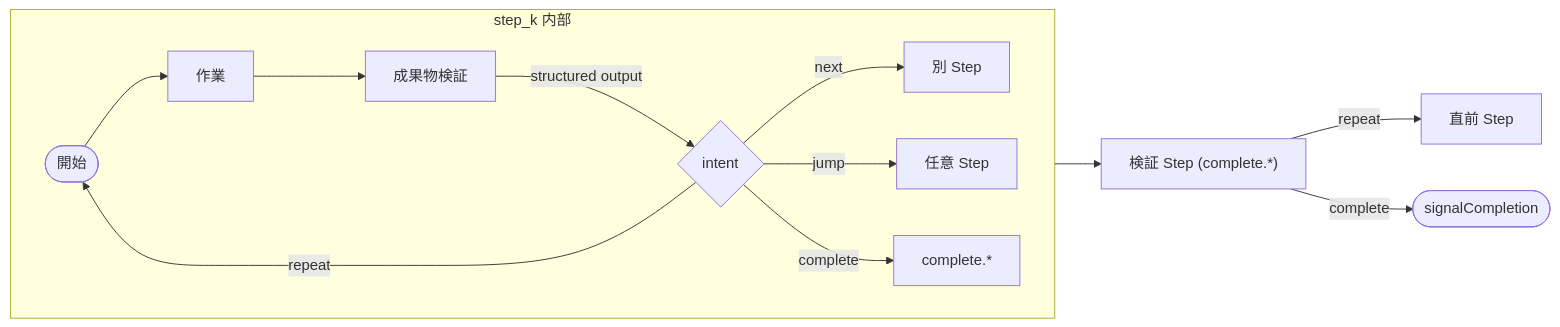
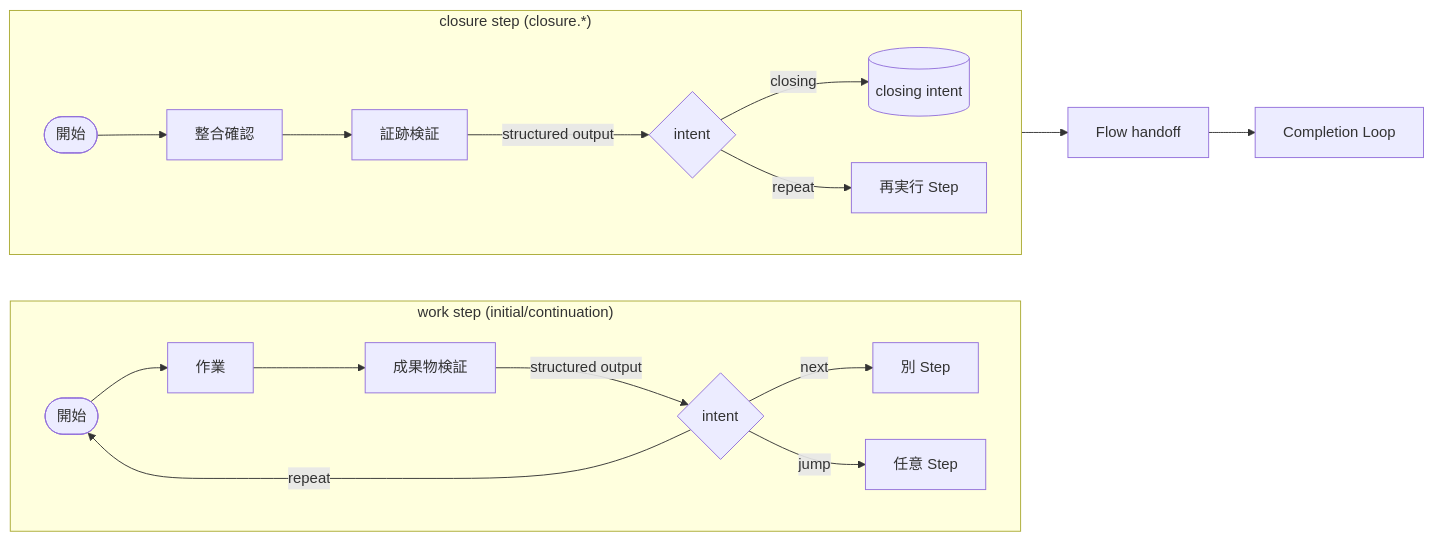
The third of 11 diagrams in agents/docs/design/08_step_flow_design.md (tettuan/climpt), drawn with Mermaid before and after one commit. The commit also changed other lines of this file, not shown here.

First line of the commit message:
docs(agents): rename complete to closure terminology in step flow design

````diff
--- a/agents/docs/design/08_step_flow_design.md
+++ b/agents/docs/design/08_step_flow_design.md
@@ -42,17 +42,24 @@
 ```mermaid
 flowchart LR
-  subgraph StepAuto[step_k 内部]
+  subgraph WorkStep["work step (initial/continuation)"]
     direction LR
     Begin([開始]) --> Work[作業]
     Work --> Check[成果物検証]
-    Check -->|structured output| Decide{intent}
-    Decide -->|next| NextStep[別 Step]
-    Decide -->|repeat| Begin
-    Decide -->|jump| JumpStep[任意 Step]
-    Decide -->|complete| CompleteStep[complete.*]
+    Check -->|structured output| DecideWork{intent}
+    DecideWork -->|next| NextStep[別 Step]
+    DecideWork -->|repeat| Begin
+    DecideWork -->|jump| JumpStep[任意 Step]
   end
 
-  CompleteStep --> Verify["検証 Step (complete.*)"]
-  Verify -->|repeat| PrevStep[直前 Step]
-  Verify -->|complete| Done([signalCompletion])
+  subgraph ClosureStep["closure step (closure.*)"]
+    direction LR
+    CBegin([開始]) --> CWork[整合確認]
+    CWork --> CCheck[証跡検証]
+    CCheck -->|structured output| DecideClose{intent}
+    DecideClose -->|closing| ClosingSignal[(closing intent)]
+    DecideClose -->|repeat| ReturnWork[再実行 Step]
+  end
+
+  ClosingSignal --> FlowHandoff[Flow handoff]
+  FlowHandoff --> CompletionLoop[Completion Loop]
 ```
````
